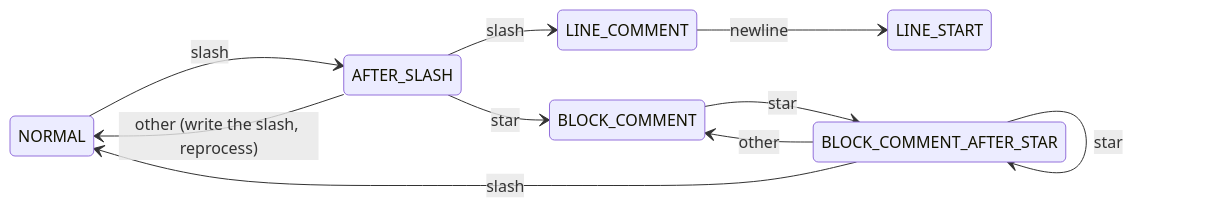
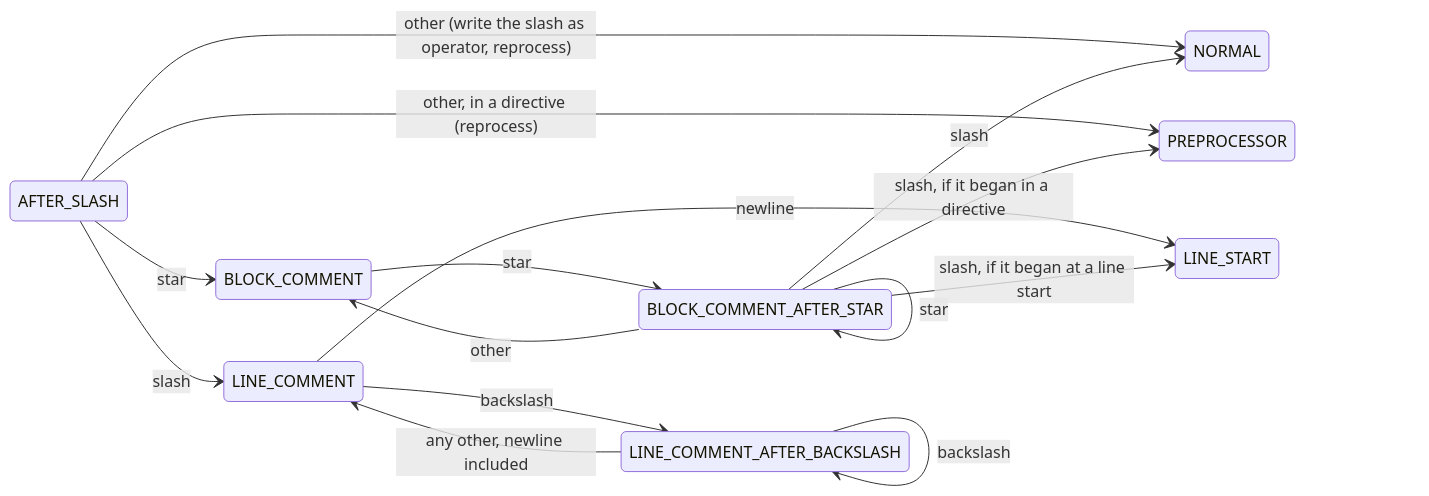
One commit to castlelli/mac0122 changed the sixth of 8 diagrams in README.md. Above: the diagram before and after it, drawn with Mermaid. The commit also changed other lines of this file and 2 other files, not shown here.

````diff
--- a/README.md
+++ b/README.md
@@ -230,13 +276,18 @@
 ```mermaid
 stateDiagram-v2
     direction LR
-    NORMAL --> AFTER_SLASH : slash
-    AFTER_SLASH --> NORMAL : other (write the slash, reprocess)
     AFTER_SLASH --> LINE_COMMENT : slash
+    AFTER_SLASH --> BLOCK_COMMENT : star
+    AFTER_SLASH --> NORMAL : other (write the slash as operator, reprocess)
+    AFTER_SLASH --> PREPROCESSOR : other, in a directive (reprocess)
     LINE_COMMENT --> LINE_START : newline
-    AFTER_SLASH --> BLOCK_COMMENT : star
+    LINE_COMMENT --> LINE_COMMENT_AFTER_BACKSLASH : backslash
+    LINE_COMMENT_AFTER_BACKSLASH --> LINE_COMMENT_AFTER_BACKSLASH : backslash
+    LINE_COMMENT_AFTER_BACKSLASH --> LINE_COMMENT : any other, newline included
     BLOCK_COMMENT --> BLOCK_COMMENT_AFTER_STAR : star
     BLOCK_COMMENT_AFTER_STAR --> BLOCK_COMMENT_AFTER_STAR : star
     BLOCK_COMMENT_AFTER_STAR --> BLOCK_COMMENT : other
     BLOCK_COMMENT_AFTER_STAR --> NORMAL : slash
+    BLOCK_COMMENT_AFTER_STAR --> LINE_START : slash, if it began at a line start
+    BLOCK_COMMENT_AFTER_STAR --> PREPROCESSOR : slash, if it began in a directive
 ```
````
